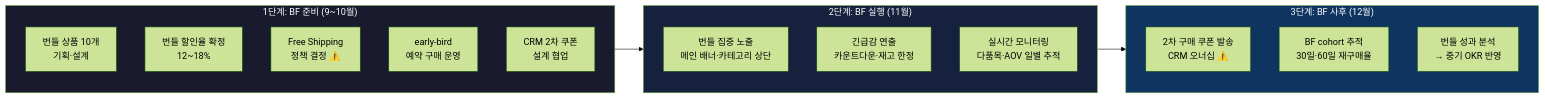
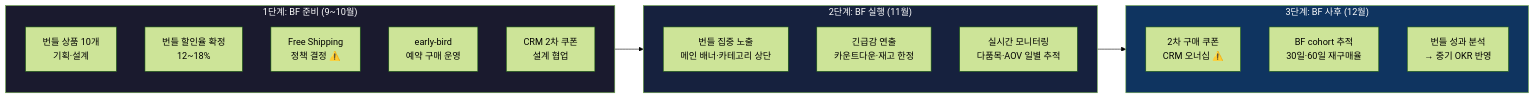
Before and after one commit to ajh8156/project-2: the second of 5 diagrams in team/merchandising/merchandising.md, drawn with Mermaid (forest theme). The commit also changed other lines of this file and 1 other file, not shown here.

````diff
--- a/team/merchandising/merchandising.md
+++ b/team/merchandising/merchandising.md
@@ -130,28 +138,28 @@
 ```mermaid
 flowchart LR
     subgraph P1["1단계: BF 준비 (9~10월)"]
         A1["번들 상품 10개\n기획·설계"]
         A2["번들 할인율 확정\n12~18%"]
         A3["Free Shipping\n정책 결정 ⚠️"]
         A4["early-bird\n예약 구매 운영"]
         A5["CRM 2차 쿠폰\n설계 협업"]
     end
 
     subgraph P2["2단계: BF 실행 (11월)"]
         B1["번들 집중 노출\n메인 배너·카테고리 상단"]
         B2["긴급감 연출\n카운트다운·재고 한정"]
         B3["실시간 모니터링\n다품목·AOV 일별 추적"]
     end
 
     subgraph P3["3단계: BF 사후 (12월)"]
-        C1["2차 구매 쿠폰 발송\nCRM 오너십 ⚠️"]
+        C1["2차 구매 쿠폰\nCRM 오너십 ⚠️"]
         C2["BF cohort 추적\n30일·60일 재구매율"]
         C3["번들 성과 분석\n→ 중기 OKR 반영"]
     end
 
     P1 --> P2 --> P3
 
     style P1 fill:#1a1a2e,color:#fff
     style P2 fill:#16213e,color:#fff
     style P3 fill:#0f3460,color:#fff
 ```
````
